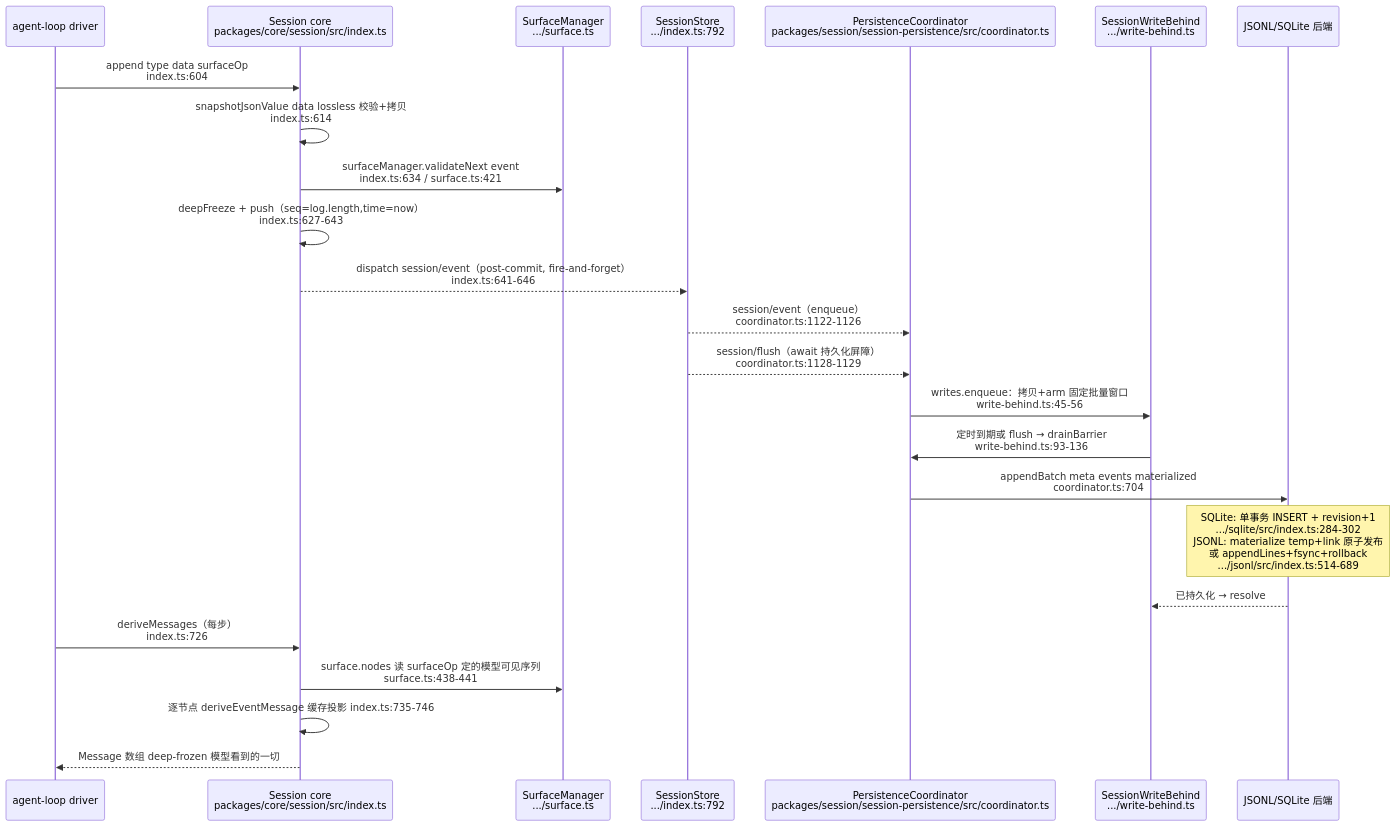
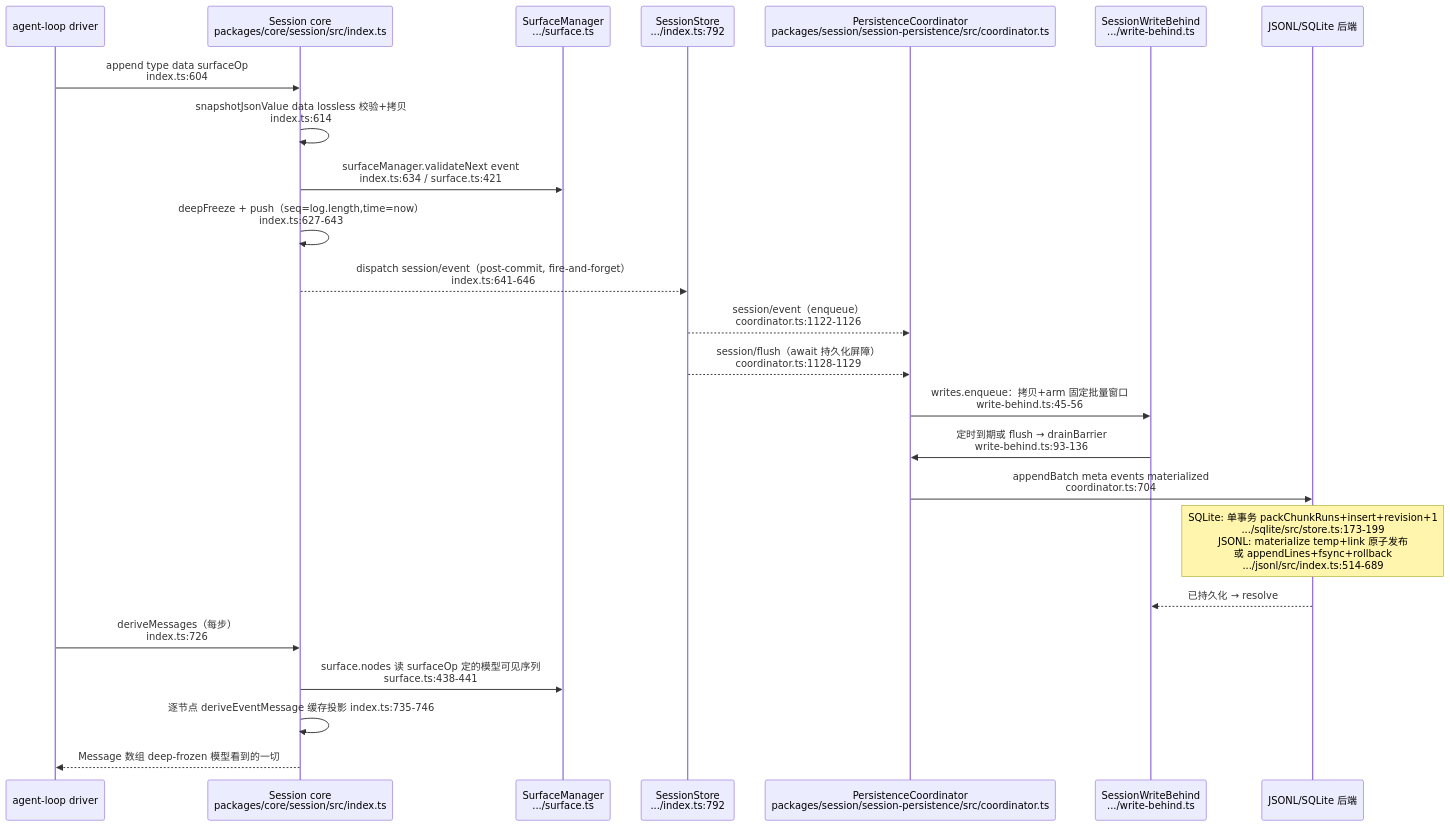
Before and after one commit to morehao/oss-insights: the first of 2 diagrams in ai-agent/deepseek-harness/session.md, drawn with Mermaid. The commit also changed other lines of this file and 6 other files, not shown here.

````diff
--- a/ai-agent/deepseek-harness/session.md
+++ b/ai-agent/deepseek-harness/session.md
@@ -140,27 +140,27 @@
 ```mermaid
 sequenceDiagram
     participant Drv as agent-loop driver
     participant S as Session core <br>packages/core/session/src/index.ts
     participant Surf as SurfaceManager <br>.../surface.ts
     participant Store as SessionStore <br>.../index.ts:792
     participant Persist as PersistenceCoordinator <br>packages/session/session-persistence/src/coordinator.ts
     participant WB as SessionWriteBehind <br>.../write-behind.ts
     participant Backend as JSONL/SQLite 后端
 
     Drv->>S: append type data surfaceOp <br>index.ts:604
     S->>S: snapshotJsonValue data lossless 校验+拷贝 <br>index.ts:614
     S->>Surf: surfaceManager.validateNext event <br>index.ts:634 / surface.ts:421
     S->>S: deepFreeze + push（seq=log.length,time=now） <br>index.ts:627-643
     S-->>Store: dispatch session/event（post-commit, fire-and-forget） <br>index.ts:641-646
     Store-->>Persist: session/event（enqueue） <br>coordinator.ts:1122-1126
     Store-->>Persist: session/flush（await 持久化屏障） <br>coordinator.ts:1128-1129
     Persist->>WB: writes.enqueue：拷贝+arm 固定批量窗口 <br>write-behind.ts:45-56
     WB->>Persist: 定时到期或 flush → drainBarrier <br>write-behind.ts:93-136
     Persist->>Backend: appendBatch meta events materialized <br>coordinator.ts:704
-    Note over Backend: SQLite: 单事务 INSERT + revision+1 <br>.../sqlite/src/index.ts:284-302 <br>JSONL: materialize temp+link 原子发布 <br>或 appendLines+fsync+rollback <br>.../jsonl/src/index.ts:514-689
+    Note over Backend: SQLite: 单事务 packChunkRuns+insert+revision+1 <br>.../sqlite/src/store.ts:173-199 <br>JSONL: materialize temp+link 原子发布 <br>或 appendLines+fsync+rollback <br>.../jsonl/src/index.ts:514-689
     Backend-->>WB: 已持久化 → resolve
     Drv->>S: deriveMessages（每步） <br>index.ts:726
     S->>Surf: surface.nodes 读 surfaceOp 定的模型可见序列 <br>surface.ts:438-441
     S->>S: 逐节点 deriveEventMessage 缓存投影 index.ts:735-746
     S-->>Drv: Message 数组 deep-frozen 模型看到的一切
 ```
````
